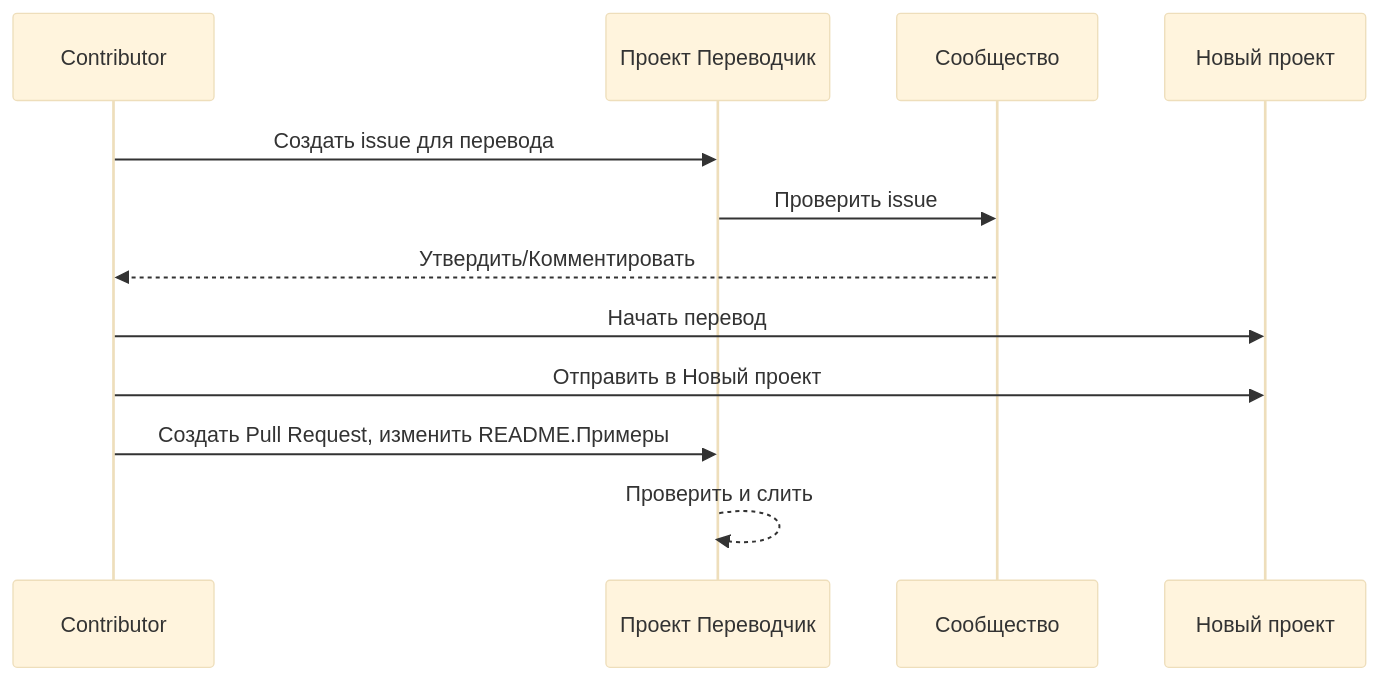
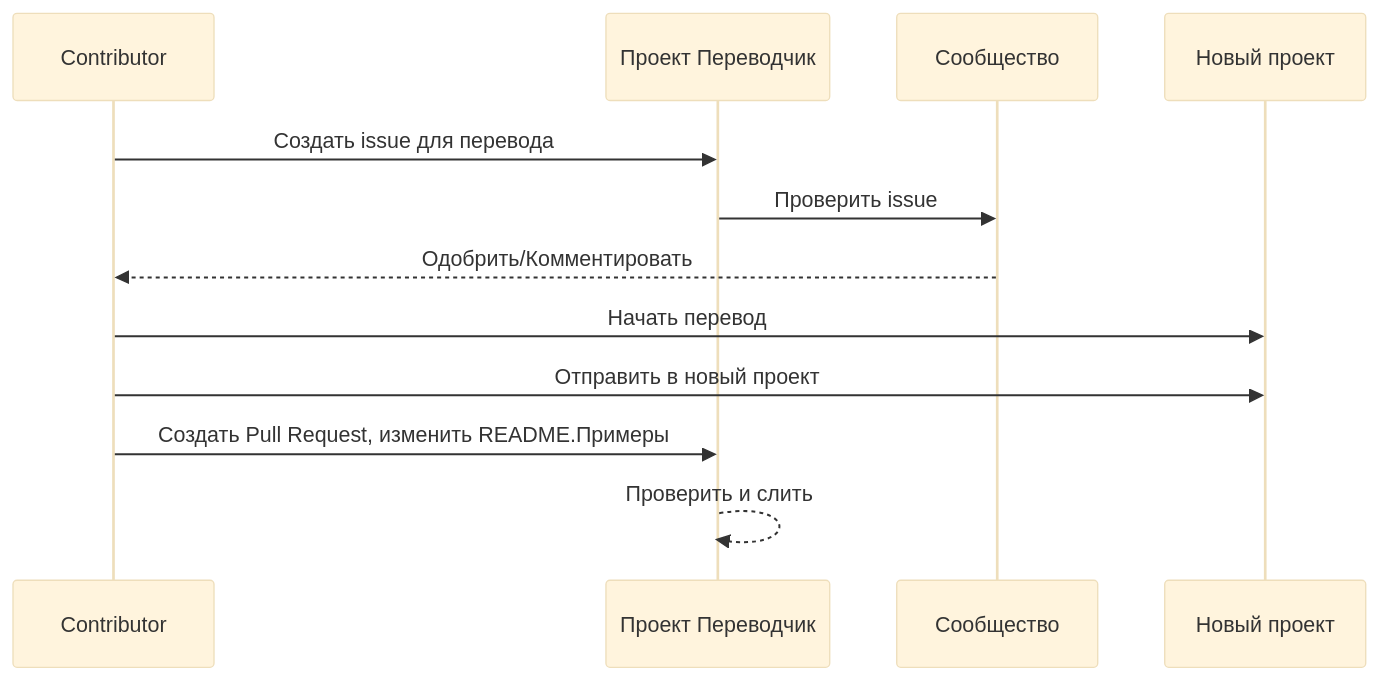
One commit to Project-Translation/project_translator changed the diagram in readmes/README.ru-ru.md. Above: the diagram before and after it, drawn with Mermaid (base theme). The commit also changed other lines of this file and 36 other files, not shown here.

````diff
--- a/readmes/README.ru-ru.md
+++ b/readmes/README.ru-ru.md
@@ -42,10 +42,10 @@
 ```mermaid
 sequenceDiagram
   Contributor->>Проект Переводчик: Создать issue для перевода
   Проект Переводчик->>Сообщество: Проверить issue
-  Сообщество-->>Contributor: Утвердить/Комментировать
+  Сообщество-->>Contributor: Одобрить/Комментировать
   Contributor->>Новый проект: Начать перевод
-  Contributor->>Новый проект: Отправить в Новый проект
+  Contributor->>Новый проект: Отправить в новый проект
   Contributor->>Проект Переводчик: Создать Pull Request, изменить README.Примеры
   Проект Переводчик-->>Проект Переводчик: Проверить и слить
 ```
````
